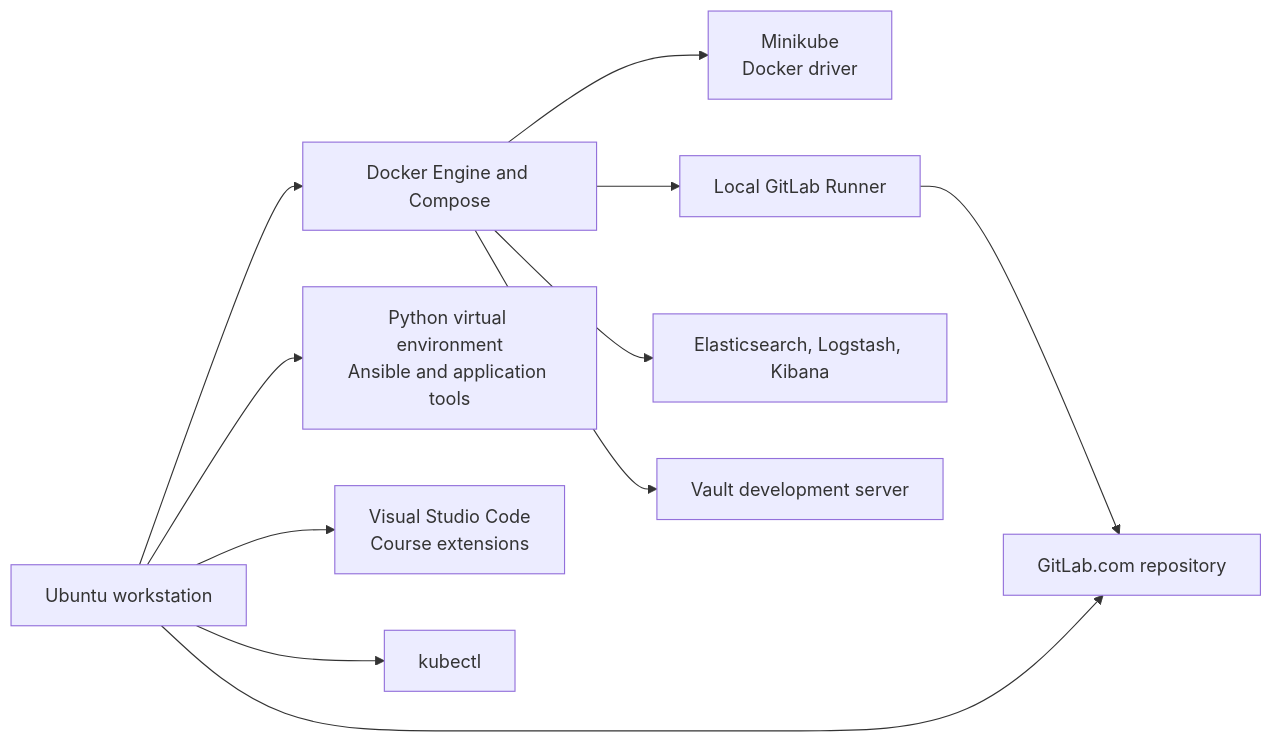
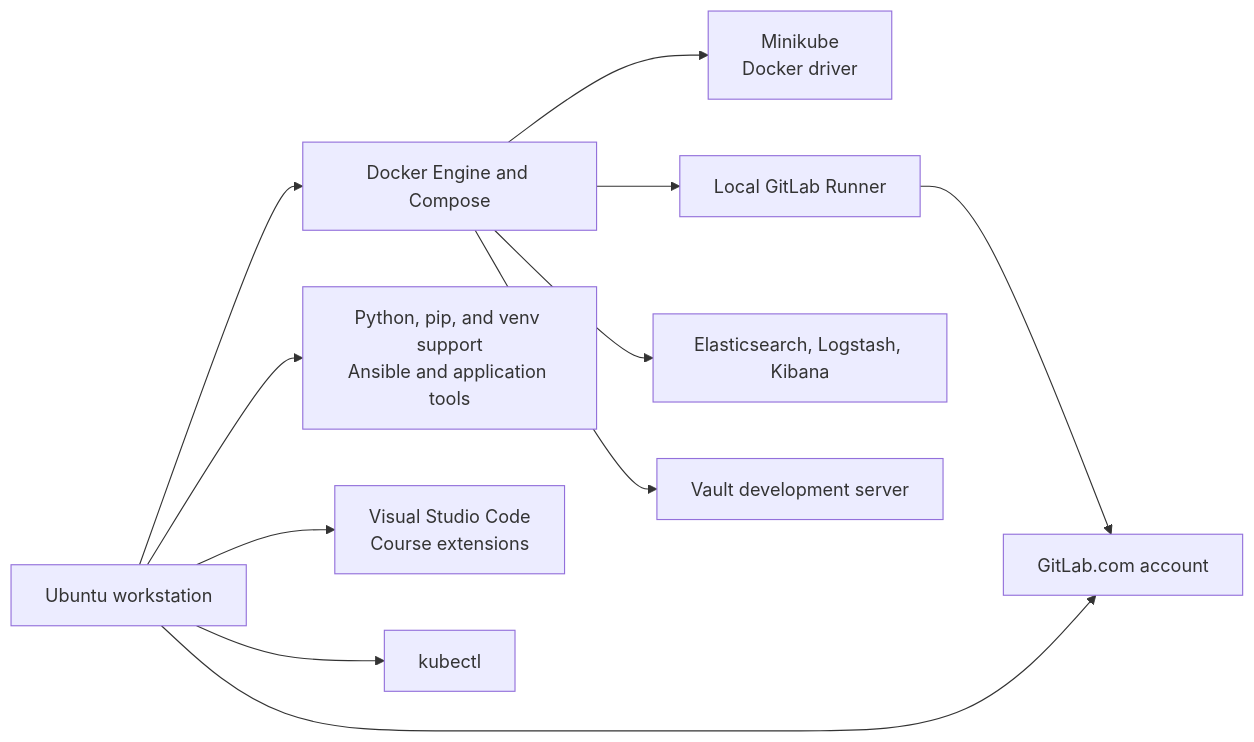
The diagram in lab/Lab 01 - Workstation Installation/Lab1.md (tanthanh85/devops), drawn with Mermaid before and after one commit. The commit also changed other lines of this file and 371 other files, not shown here.

````diff
--- a/lab/Lab 01 - Workstation Installation/Lab1.md
+++ b/lab/Lab 01 - Workstation Installation/Lab1.md
@@ -24,13 +24,13 @@
 ```mermaid
 flowchart LR
     U["Ubuntu workstation"] --> D["Docker Engine and Compose"]
-    U --> P["Python virtual environment<br/>Ansible and application tools"]
+    U --> P["Python, pip, and venv support<br/>Ansible and application tools"]
     U --> C["Visual Studio Code<br/>Course extensions"]
     U --> K["kubectl"]
     D --> M["Minikube<br/>Docker driver"]
-    U --> G["GitLab.com repository"]
+    U --> G["GitLab.com account"]
     D --> GR["Local GitLab Runner"]
     GR --> G
     D --> E["Elasticsearch, Logstash, Kibana"]
     D --> V["Vault development server"]
 ```
````
